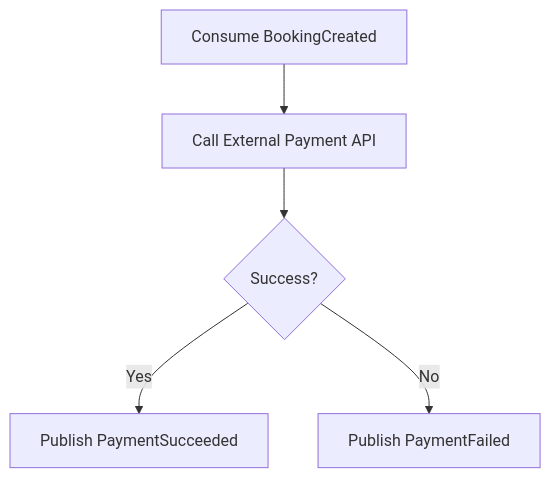
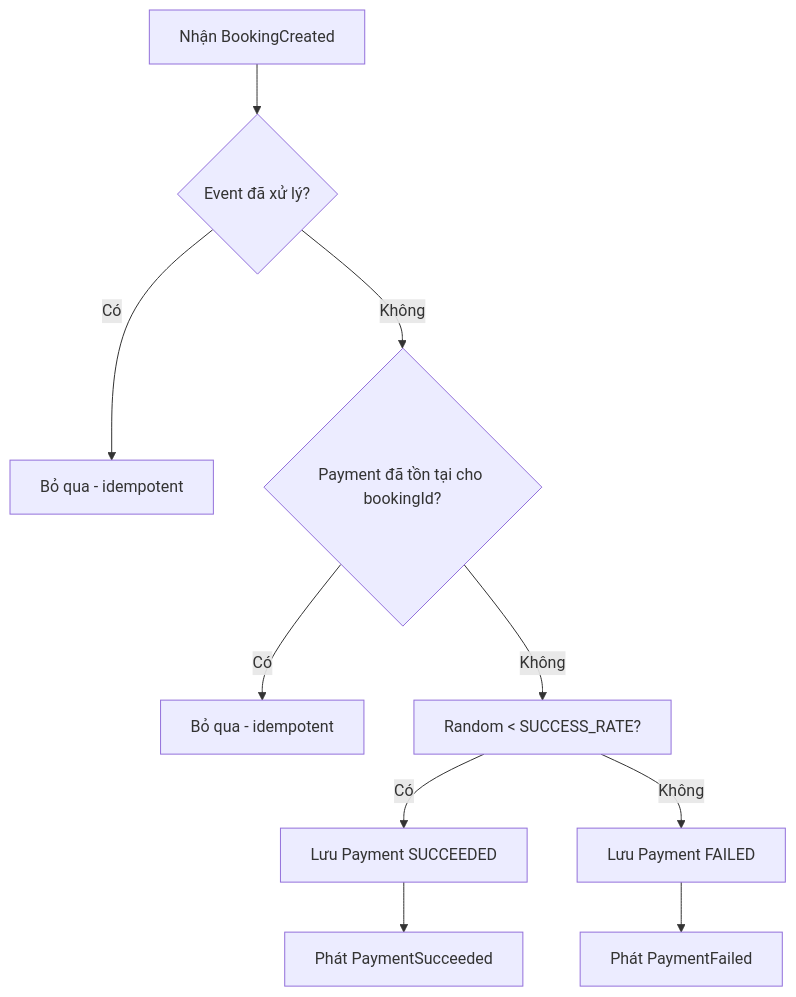
Before and after one commit to bangit14/WebBanHang-Project: the fourth of 6 diagrams in analysis-and-design-ddd.md, drawn with Mermaid. The commit also changed other lines of this file, not shown here.

````diff
--- a/analysis-and-design-ddd.md
+++ b/analysis-and-design-ddd.md
@@ -213,7 +288,12 @@
 ```mermaid
 flowchart TD
-    A[Consume BookingCreated] --> B[Call External Payment API]
-    B --> C{Success?}
-    C -->|Yes| D[Publish PaymentSucceeded]
-    C -->|No| E[Publish PaymentFailed]
+    A[Nhận BookingCreated] --> B{Event đã xử lý?}
+    B -->|Có| C[Bỏ qua - idempotent]
+    B -->|Không| D{Payment đã tồn tại cho bookingId?}
+    D -->|Có| E[Bỏ qua - idempotent]
+    D -->|Không| F[Random < SUCCESS_RATE?]
+    F -->|Có| G[Lưu Payment SUCCEEDED]
+    G --> H[Phát PaymentSucceeded]
+    F -->|Không| I[Lưu Payment FAILED]
+    I --> J[Phát PaymentFailed]
 ```
````
